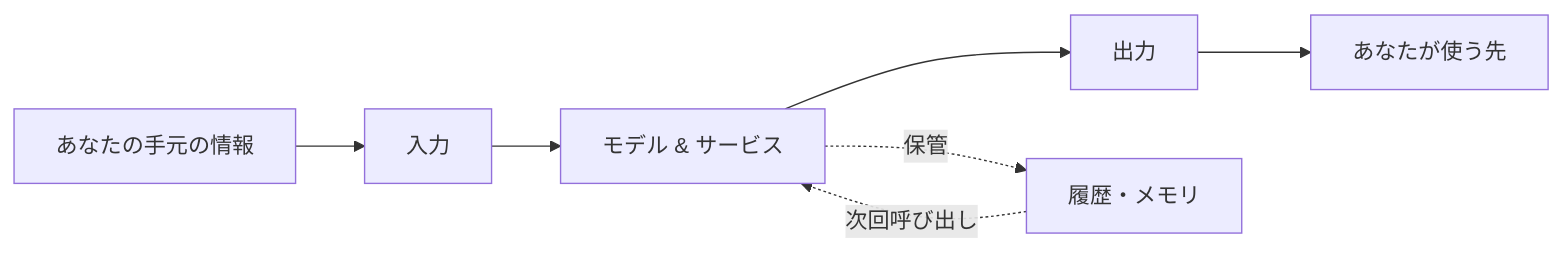
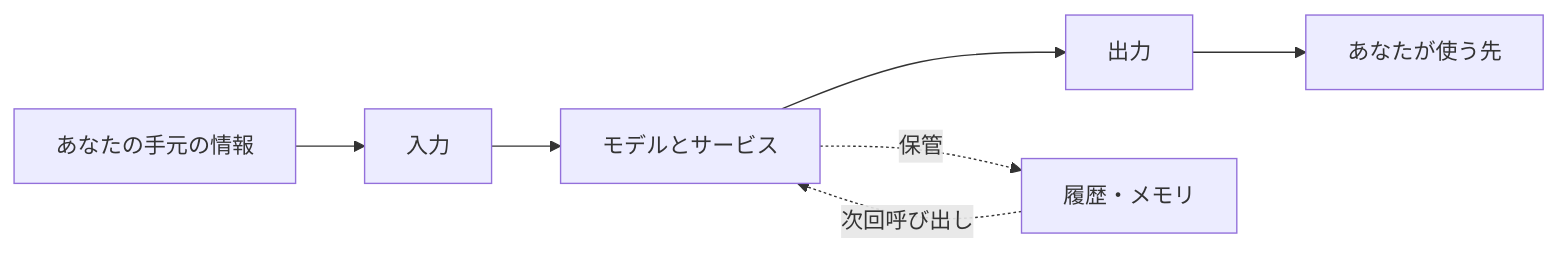
Before and after one commit to ma2saka/docs-claude-sample: the first of 2 diagrams in docs/8-security-individual.md, drawn with Mermaid. The commit also changed other lines of this file, not shown here.

Commit message:
Refine chapter 8 after self-review
- Mermaid: replace '&' with 'と' to avoid any rendering ambiguity
- Tighten awkward 依頼/有効で connection in the input section

````diff
--- a/docs/8-security-individual.md
+++ b/docs/8-security-individual.md
@@ -25,9 +25,9 @@
 ```mermaid
 flowchart LR
     A[あなたの手元の情報] --> B[入力]
-    B --> C[モデル & サービス]
+    B --> C[モデルとサービス]
     C --> D[出力]
     D --> E[あなたが使う先]
     C -.保管.-> F[履歴・メモリ]
     F -.次回呼び出し.-> C
 ```
````
